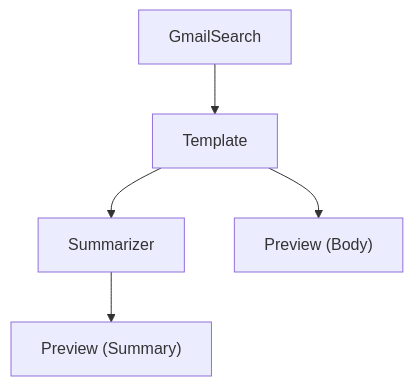
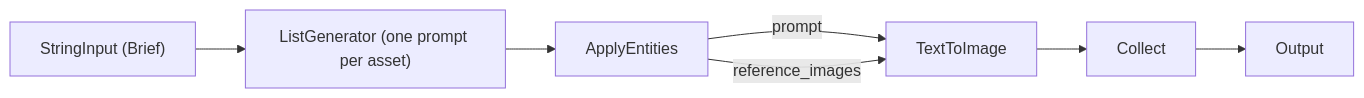
One commit to nodetool-ai/nodetool changed the third of 8 diagrams in docs/cookbook/patterns.md. Above: the diagram before and after it, drawn with Mermaid. The commit also changed other lines of this file and 6 other files, not shown here.

```diff
--- a/docs/cookbook/patterns.md
+++ b/docs/cookbook/patterns.md
@@ -233,12 +103,13 @@
 {% mermaid %}
-graph TD
-  gmail_search["GmailSearch"]
-  email_fields["Template"]
-  summarizer_streaming["Summarizer"]
-  preview_summary["Preview (Summary)"]
-  preview_body["Preview (Body)"]
-  gmail_search --> email_fields
-  email_fields --> summarizer_streaming
-  summarizer_streaming --> preview_summary
-  email_fields --> preview_body
+graph LR
+  brief["StringInput (Brief)"]
+  prompts["ListGenerator (one prompt per asset)"]
+  apply["ApplyEntities"]
+  image["TextToImage"]
+  collect["Collect"]
+  out["Output"]
+  brief --> prompts --> apply
+  apply -->|prompt| image
+  apply -->|reference_images| image
+  image --> collect --> out
 {% endmermaid %}
```
